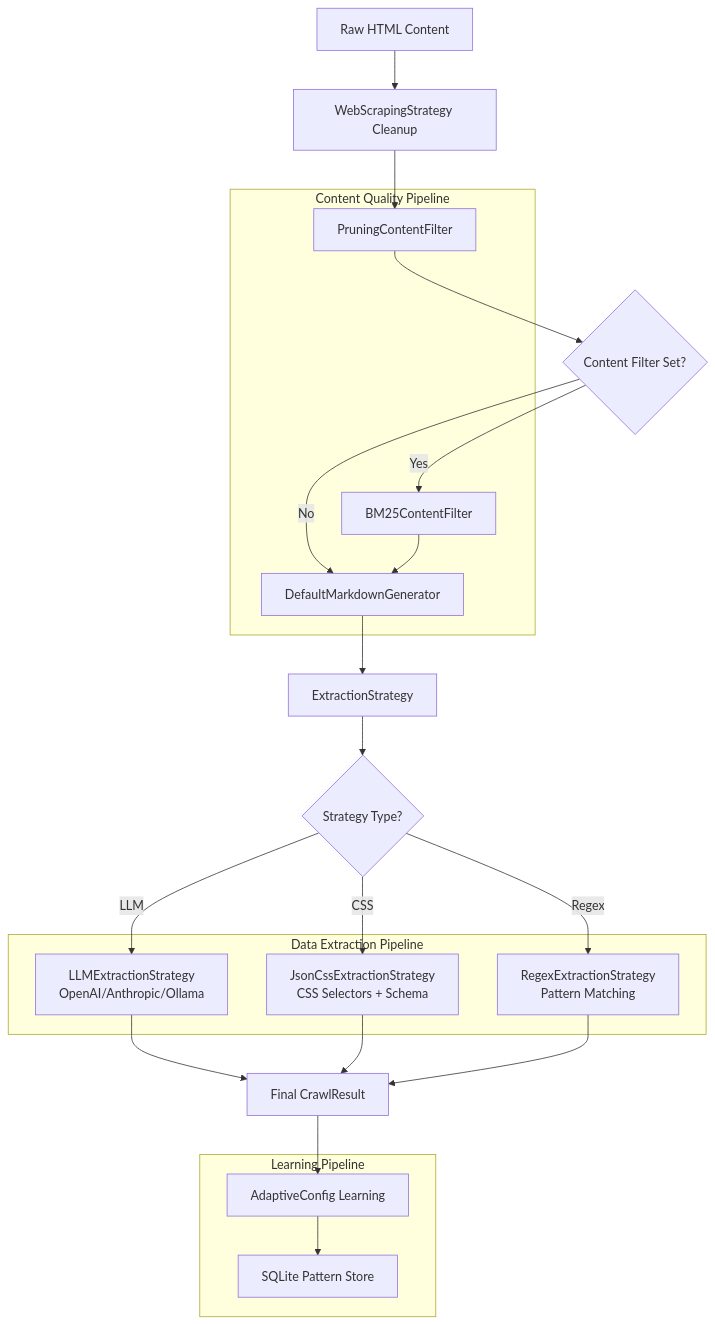
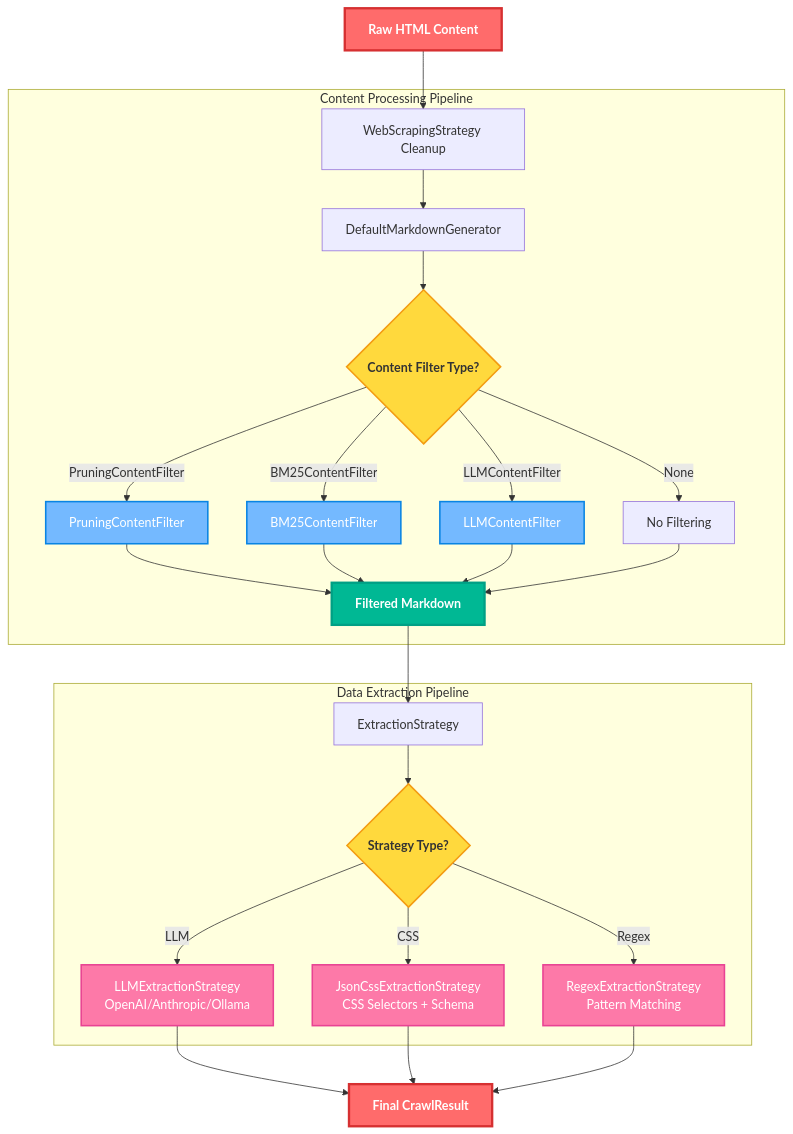
One commit to dwarvesf/research changed the second of 2 diagrams in breakdown/crawl4ai-llm-optimized-web-crawling-breakdown.md. Above: the diagram before and after it, drawn with Mermaid. The commit also changed other lines of this file, not shown here.

````diff
--- a/breakdown/crawl4ai-llm-optimized-web-crawling-breakdown.md
+++ b/breakdown/crawl4ai-llm-optimized-web-crawling-breakdown.md
@@ -171,43 +188,62 @@
 ```mermaid
 flowchart TD
     A[Raw HTML Content] --> B[WebScrapingStrategy Cleanup]
-    B --> C[PruningContentFilter]
-    C --> D{Content Filter Set?}
+    B --> C[DefaultMarkdownGenerator]
 
-    D -->|Yes| E[BM25ContentFilter]
-    D -->|No| F[DefaultMarkdownGenerator]
-    E --> F
+    C --> D{Content Filter Type?}
+    D -->|PruningContentFilter| E[PruningContentFilter]
+    D -->|BM25ContentFilter| F[BM25ContentFilter]
+    D -->|LLMContentFilter| G[LLMContentFilter]
+    D -->|None| H[No Filtering]
 
-    F --> G[ExtractionStrategy]
-    G --> H{Strategy Type?}
+    E --> J[Filtered Markdown]
+    F --> J
+    G --> J
+    H --> J
 
-    H -->|LLM| I[LLMExtractionStrategy<br/>OpenAI/Anthropic/Ollama]
-    H -->|CSS| J[JsonCssExtractionStrategy<br/>CSS Selectors + Schema]
-    H -->|Regex| K[RegexExtractionStrategy<br/>Pattern Matching]
+    J --> K[ExtractionStrategy]
+    K --> L{Strategy Type?}
 
-    I --> L[Final CrawlResult]
-    J --> L
-    K --> L
+    L -->|LLM| M[LLMExtractionStrategy<br/>OpenAI/Anthropic/Ollama]
+    L -->|CSS| N[JsonCssExtractionStrategy<br/>CSS Selectors + Schema]
+    L -->|Regex| O[RegexExtractionStrategy<br/>Pattern Matching]
 
-    L --> M[AdaptiveConfig Learning]
-    M --> N[SQLite Pattern Store]
+    M --> P[Final CrawlResult]
+    N --> P
+    O --> P
 
-    subgraph "Content Quality Pipeline"
+    subgraph "Content Processing Pipeline"
+        B
         C
+        D
         E
         F
+        G
+        H
+        J
     end
 
     subgraph "Data Extraction Pipeline"
-        I
-        J
         K
+        L
+        M
+        N
+        O
     end
 
-    subgraph "Learning Pipeline"
-        M
-        N
-    end
+    %% Styling for visual emphasis
+    classDef criticalNode fill:#ff6b6b,stroke:#d63031,stroke-width:3px,color:#fff,font-weight:bold
+    classDef keyDecision fill:#ffd93d,stroke:#f39c12,stroke-width:2px,color:#333,font-weight:bold
+    classDef filterNode fill:#74b9ff,stroke:#0984e3,stroke-width:2px,color:#fff
+    classDef strategyNode fill:#fd79a8,stroke:#e84393,stroke-width:2px,color:#fff
+    classDef resultNode fill:#00b894,stroke:#00a085,stroke-width:3px,color:#fff,font-weight:bold
+
+    %% Apply styles to key components
+    class A,P criticalNode
+    class D,L keyDecision
+    class E,F,G filterNode
+    class M,N,O strategyNode
+    class J resultNode
 
 
 ```
````
